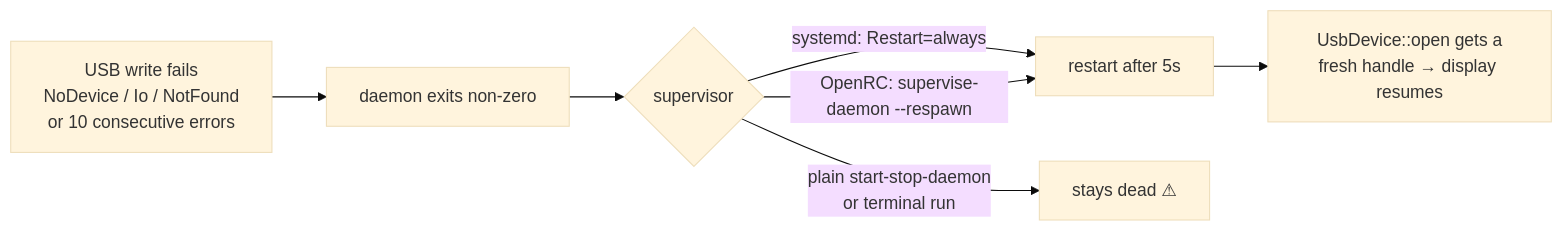
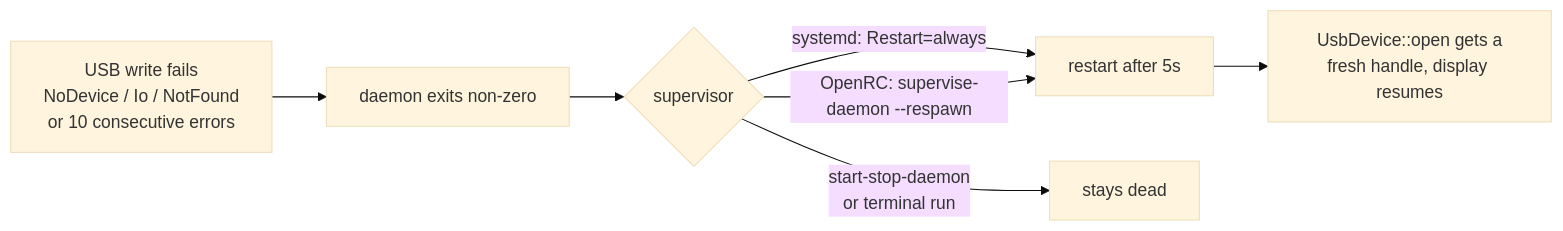
One commit to costis-t/antec-flux-pro-display changed the diagram in IMPORTANT-NEXT-STEPS.md. Above: the diagram before and after it, drawn with Mermaid (base theme). The commit also changed other lines of this file and 2 other files, not shown here.

First line of the commit message:
docs: add CHANGELOG for 0.1.3; trim follow-ups to what is still open

````diff
--- a/IMPORTANT-NEXT-STEPS.md
+++ b/IMPORTANT-NEXT-STEPS.md
@@ -47,9 +49,9 @@
 ```mermaid
 flowchart LR
-    A[USB write fails\nNoDevice / Io / NotFound\nor 10 consecutive errors] --> B[daemon exits non-zero]
+    A[USB write fails<br/>NoDevice / Io / NotFound<br/>or 10 consecutive errors] --> B[daemon exits non-zero]
     B --> C{supervisor}
     C -->|systemd: Restart=always| D[restart after 5s]
     C -->|OpenRC: supervise-daemon --respawn| D
-    C -->|plain start-stop-daemon\nor terminal run| E[stays dead ⚠]
-    D --> F[UsbDevice::open gets a\nfresh handle → display resumes]
+    C -->|start-stop-daemon<br/>or terminal run| E[stays dead]
+    D --> F[UsbDevice::open gets a<br/>fresh handle, display resumes]
 ```
````
